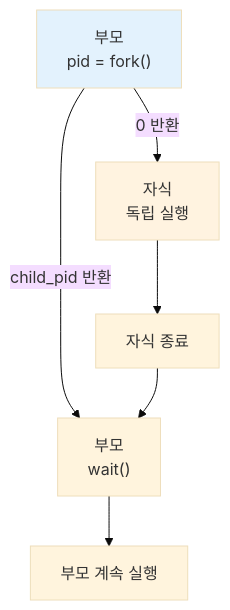
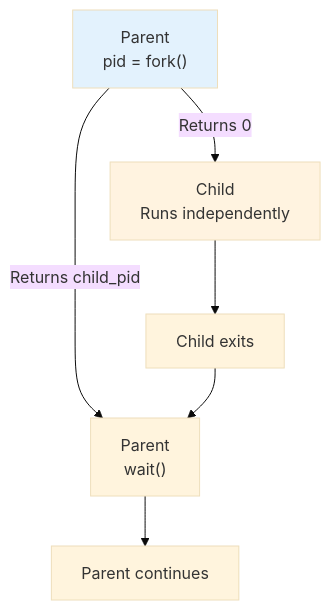
Before and after one commit to Choroning/26Spring_Operating-Systems: the second of 7 diagrams in W02_Process-1/Concepts-Lab.md, drawn with Mermaid (base theme). The commit also changed other lines of this file and 22 other files, not shown here.

````diff
--- a/W02_Process-1/Concepts-Lab.md
+++ b/W02_Process-1/Concepts-Lab.md
@@ -60,10 +60,10 @@
 ```mermaid
 graph TD
-    P["부모<br/>pid = fork()"] -->|"child_pid 반환"| PW["부모<br/>wait()"]
-    P -->|"0 반환"| C["자식<br/>독립 실행"]
-    C --> CE["자식 종료"]
+    P["Parent<br/>pid = fork()"] -->|"Returns child_pid"| PW["Parent<br/>wait()"]
+    P -->|"Returns 0"| C["Child<br/>Runs independently"]
+    C --> CE["Child exits"]
     CE --> PW
-    PW --> PD["부모 계속 실행"]
+    PW --> PD["Parent continues"]
     style P fill:#e3f2fd
     style C fill:#fff3e0
 ```
````
